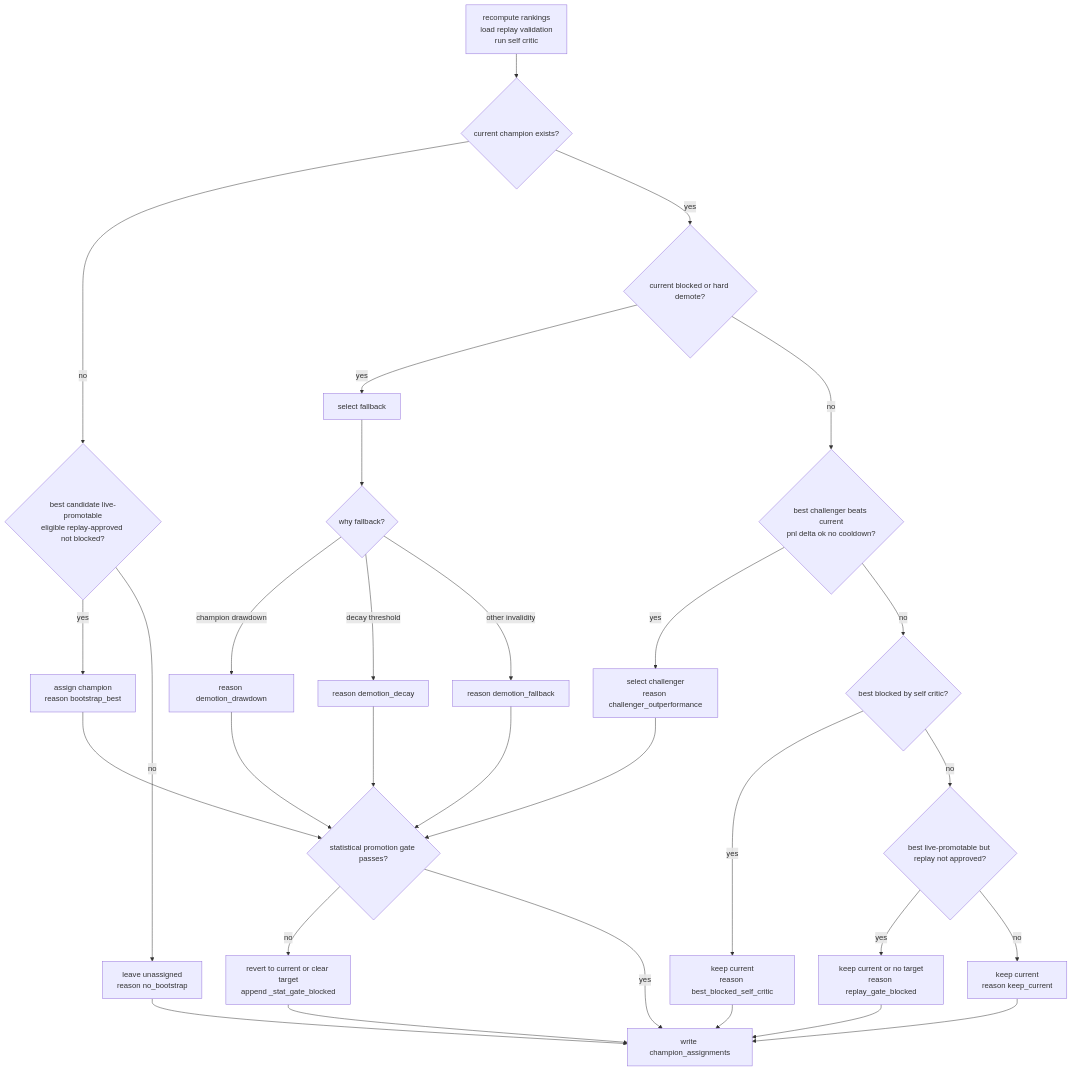
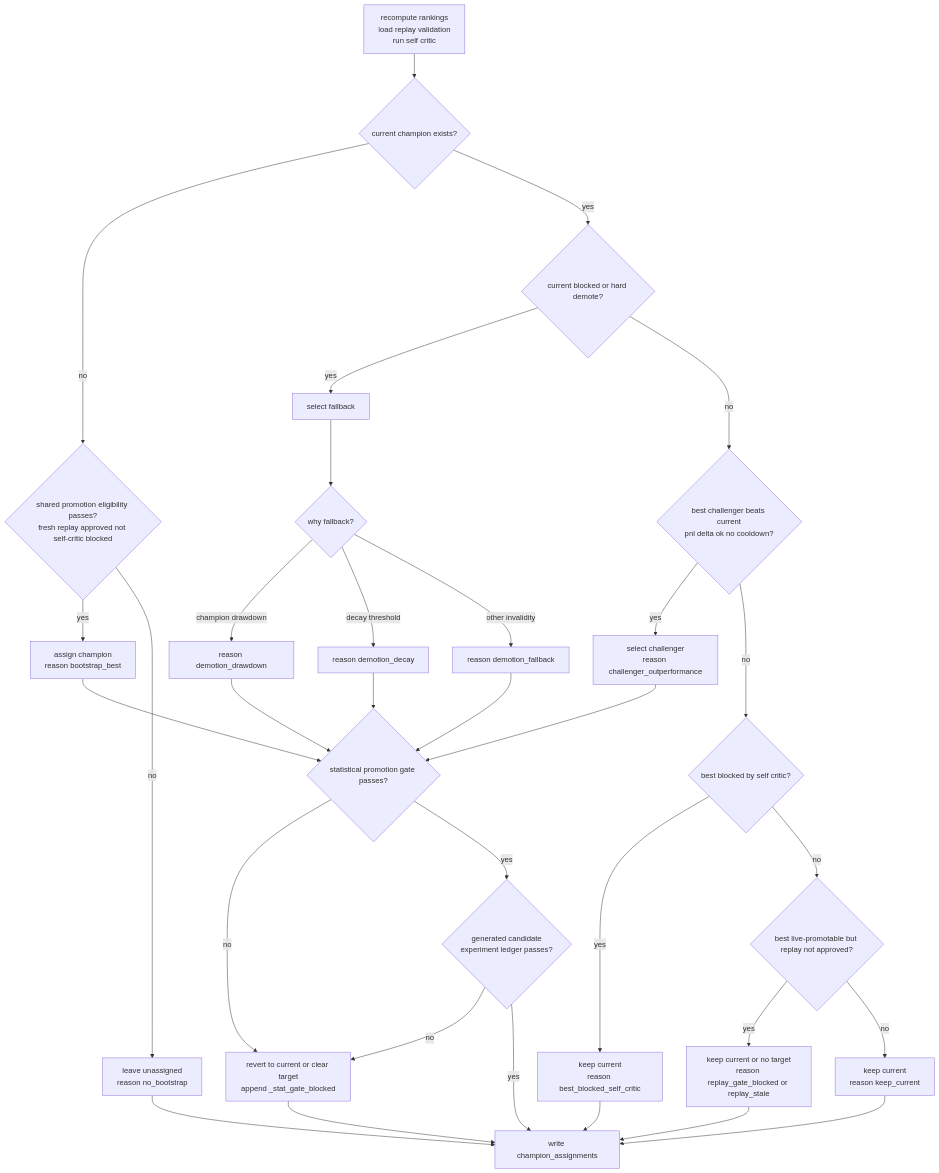
The sixth of 9 diagrams in docs/STATE_MACHINES.md (dschincariol/system), drawn with Mermaid before and after one commit. The commit also changed other lines of this file and 98 other files, not shown here.

````diff
--- a/docs/STATE_MACHINES.md
+++ b/docs/STATE_MACHINES.md
@@ -207,32 +207,34 @@
 ```mermaid
 flowchart TD
     A[recompute rankings<br/>load replay validation<br/>run self critic] --> B{current champion exists?}
-    B -->|no| C{best candidate live-promotable<br/>eligible replay-approved not blocked?}
+    B -->|no| C{shared promotion eligibility passes?<br/>fresh replay approved not self-critic blocked}
     C -->|yes| C1[assign champion<br/>reason bootstrap_best]
     C -->|no| C2[leave unassigned<br/>reason no_bootstrap]
     B -->|yes| D{current blocked or hard demote?}
     D -->|yes| D1[select fallback]
     D1 --> D2{why fallback?}
     D2 -->|champion drawdown| D3[reason demotion_drawdown]
     D2 -->|decay threshold| D4[reason demotion_decay]
     D2 -->|other invalidity| D5[reason demotion_fallback]
     D -->|no| E{best challenger beats current<br/>pnl delta ok no cooldown?}
     E -->|yes| E1[select challenger<br/>reason challenger_outperformance]
     E -->|no| F{best blocked by self critic?}
     F -->|yes| F1[keep current<br/>reason best_blocked_self_critic]
     F -->|no| G{best live-promotable but replay not approved?}
-    G -->|yes| G1[keep current or no target<br/>reason replay_gate_blocked]
+    G -->|yes| G1[keep current or no target<br/>reason replay_gate_blocked or replay_stale]
     G -->|no| H[keep current<br/>reason keep_current]
     C1 --> I{statistical promotion gate passes?}
     D3 --> I
     D4 --> I
     D5 --> I
     E1 --> I
     I -->|no| I1[revert to current or clear target<br/>append _stat_gate_blocked]
-    I -->|yes| J[write champion_assignments]
+    I -->|yes| I2{generated candidate<br/>experiment ledger passes?}
+    I2 -->|no| I1
+    I2 -->|yes| J[write champion_assignments]
     H --> J
     F1 --> J
     G1 --> J
     C2 --> J
     I1 --> J
 ```
````
